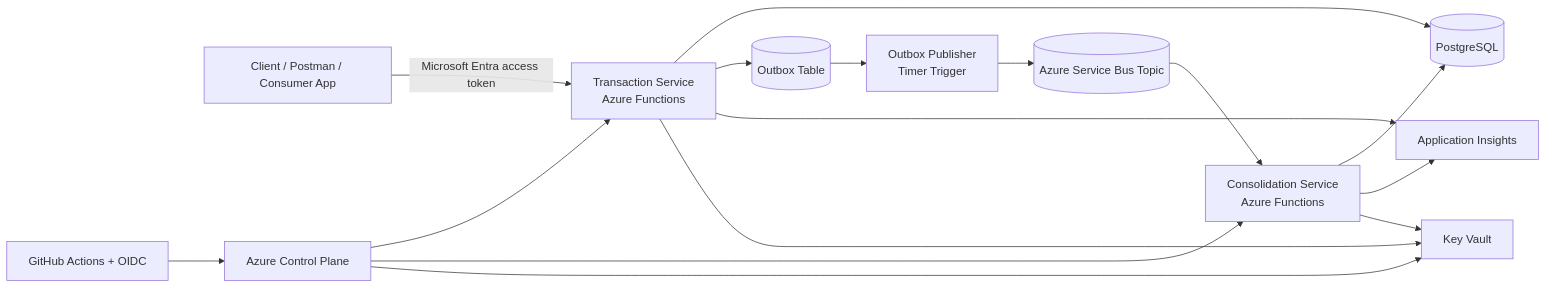
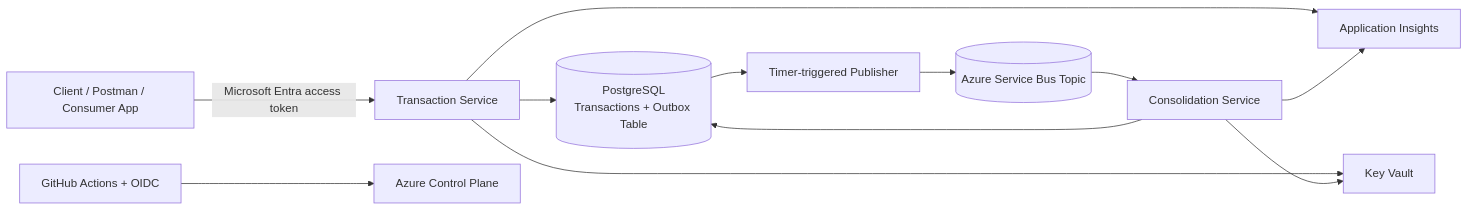
Before and after one commit to marcodevopsestudo-cpu/cashflow: the diagram in README.md, drawn with Mermaid. The commit also changed 1 other file, not shown here.

Commit message:
fix
diagrama arquitetura

````diff
--- a/README.md
+++ b/README.md
@@ -265,18 +265,16 @@
 ```mermaid
 flowchart LR
-    Client[Client / Postman / Consumer App] -->|Microsoft Entra access token| TxApi[Transaction Service<br/>Azure Functions]
-    TxApi --> Pg[(PostgreSQL)]
-    TxApi --> Outbox[(Outbox Table)]
-    Outbox --> Publisher[Outbox Publisher<br/>Timer Trigger]
+    Client[Client / Postman / Consumer App] -->|Microsoft Entra access token| TxApi[Transaction Service]
+    GitHub[GitHub Actions + OIDC] --> Azure[Azure Control Plane]
+
+    TxApi --> Pg[(PostgreSQL<br/>Transactions + Outbox Table)]
+    Pg --> Publisher[Timer-triggered Publisher]
     Publisher --> Sb[(Azure Service Bus Topic)]
-    Sb --> Consolidation[Consolidation Service<br/>Azure Functions]
+    Sb --> Consolidation[Consolidation Service]
     Consolidation --> Pg
+
     TxApi --> Ai[Application Insights]
     Consolidation --> Ai
-    GitHub[GitHub Actions + OIDC] --> Azure[Azure Control Plane]
-    Azure --> TxApi
-    Azure --> Consolidation
-    Azure --> Kv[Key Vault]
-    TxApi --> Kv
+    TxApi --> Kv[Key Vault]
     Consolidation --> Kv
 ```
````
